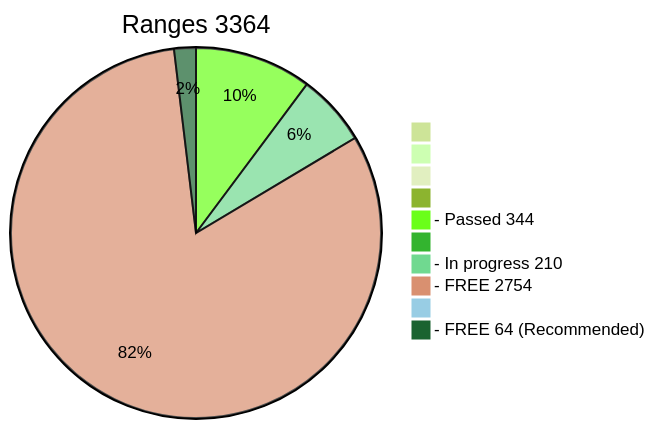
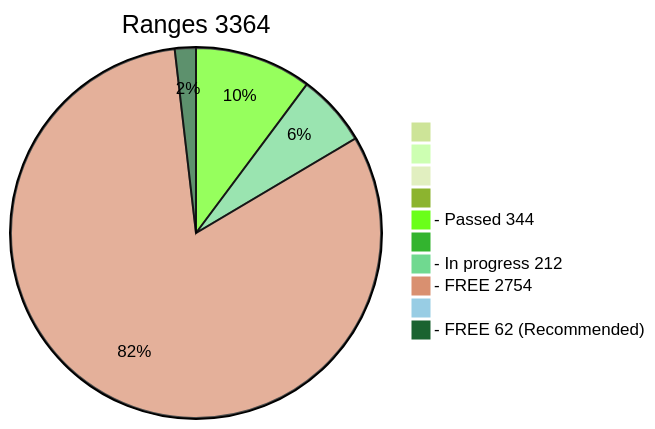
The diagram in x64/Release/table.md (phrutis/wif500), drawn with Mermaid (forest theme) before and after one commit. The commit also changed other lines of this file, not shown here.

````diff
--- a/x64/Release/table.md
+++ b/x64/Release/table.md
@@ -2,13 +2,13 @@
 ```mermaid
 pie title Ranges 3364
   " " : 0
   "  " : 0
   "   " : 0
   "    " : 0
   "- Passed 344" : 344
   "     " : 0
-  "- In progress 210" : 210
+  "- In progress 212" : 212
   "- FREE 2754" : 2754
   "      " : 0
-  "- FREE 64 (Recommended)" : 64
+  "- FREE 62 (Recommended)" : 62
 ```
````
